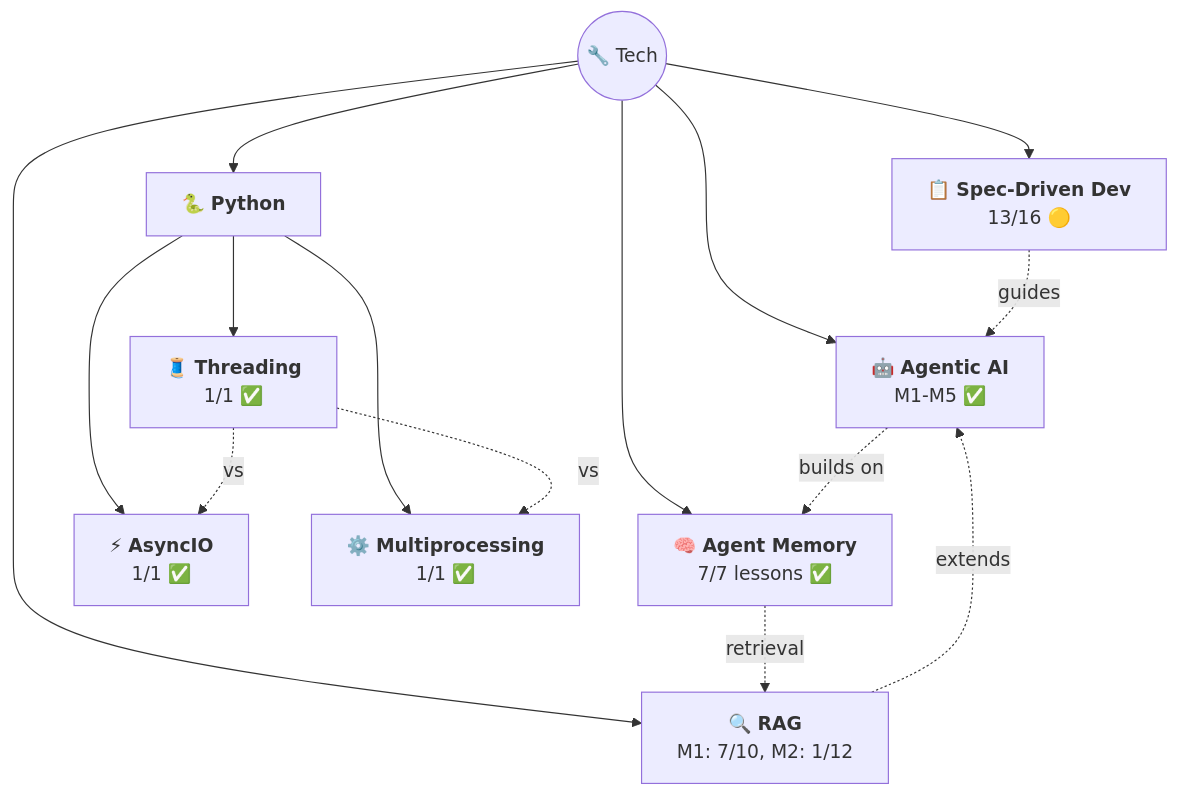
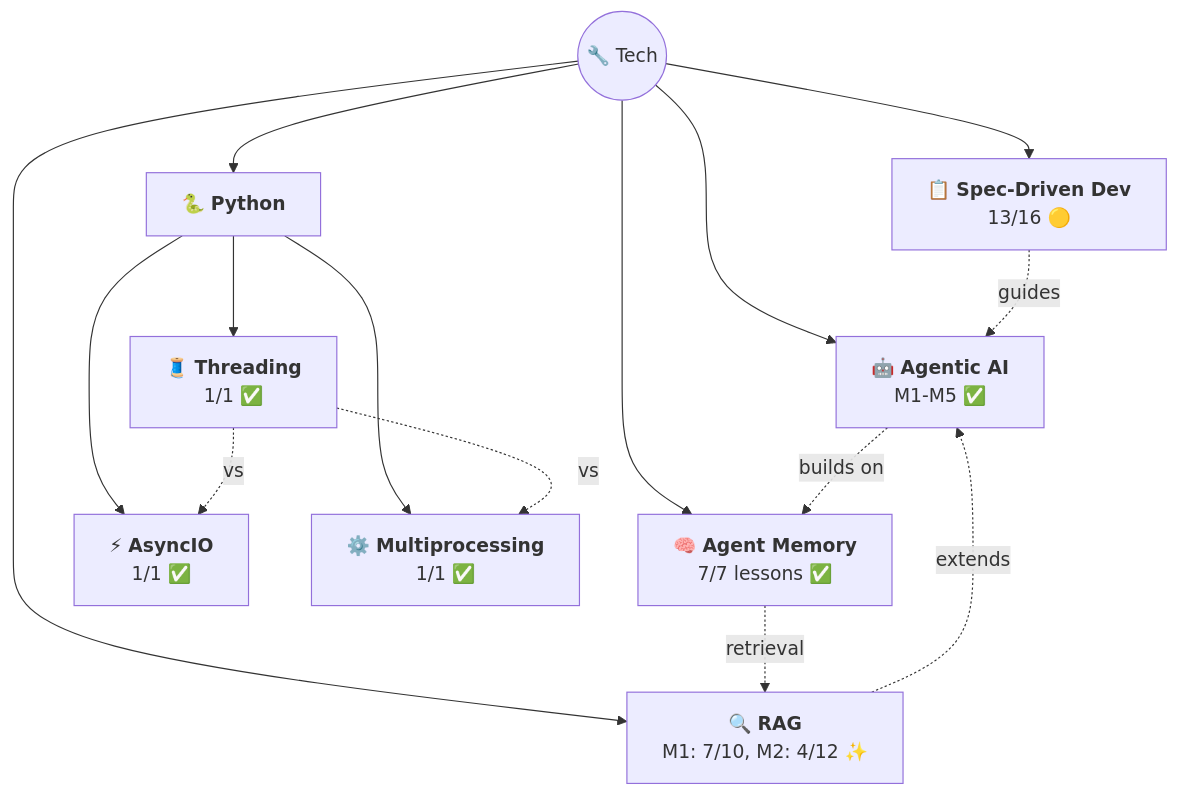
The diagram in tech/README.md (AyushSonuu/my-memory), drawn with Mermaid before and after one commit. The commit also changed other lines of this file and 268 other files, not shown here.

````diff
--- a/tech/README.md
+++ b/tech/README.md
@@ -5,18 +5,18 @@
 ```mermaid
 graph TB
     T(("🔧 Tech"))
     T --> AG["🤖 <b>Agentic AI</b><br/>M1-M5 ✅"]
     T --> AM["🧠 <b>Agent Memory</b><br/>7/7 lessons ✅"]
-    T --> RAG["🔍 <b>RAG</b><br/>M1: 7/10, M2: 1/12"]
+    T --> RAG["🔍 <b>RAG</b><br/>M1: 7/10, M2: 4/12 ✨"]
     T --> PY["🐍 <b>Python</b>"]
     PY --> AIO["⚡ <b>AsyncIO</b><br/>1/1 ✅"]
     PY --> THR["🧵 <b>Threading</b><br/>1/1 ✅"]
     PY --> MP["⚙️ <b>Multiprocessing</b><br/>1/1 ✅"]
     AG -.->|"builds on"| AM
     AM -.->|"retrieval"| RAG
     RAG -.->|"extends"| AG
     T --> SDD["📋 <b>Spec-Driven Dev</b><br/>13/16 🟡"]
     SDD -.->|"guides"| AG
     THR -.->|"vs"| AIO
     THR -.->|"vs"| MP
 ```
````
